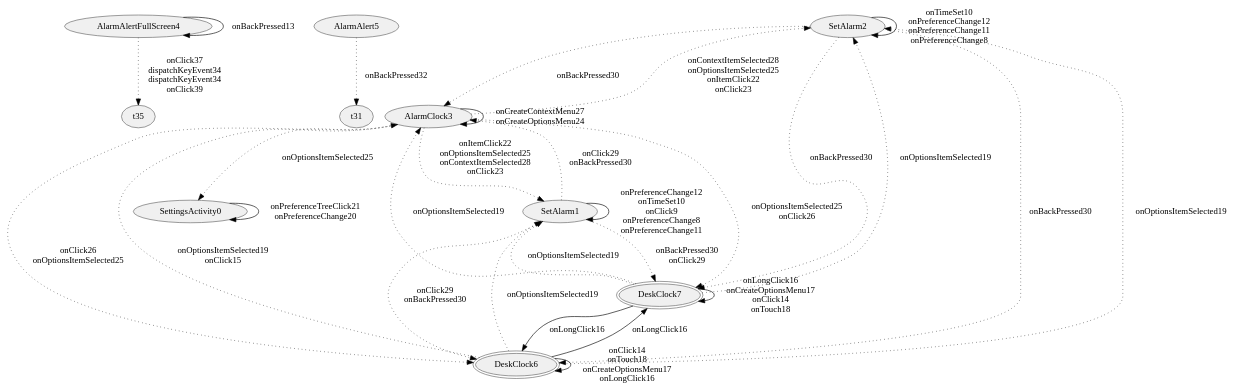
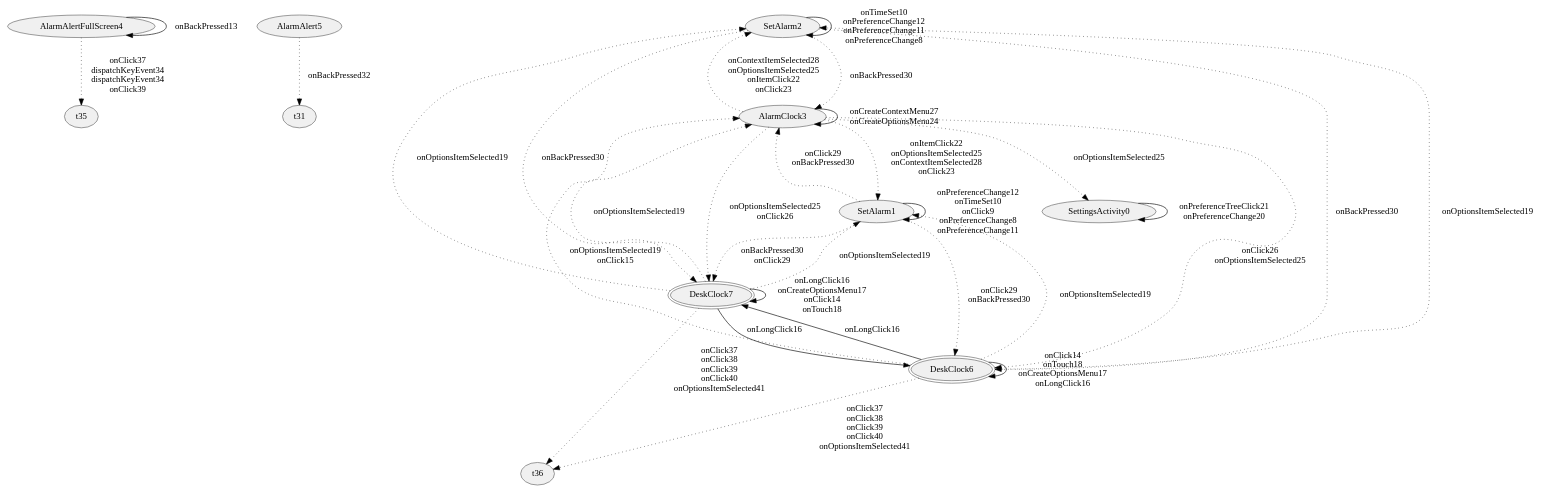
The diagram in graphviz/DeskClock-gen2.2.1.gv (hans89/astparser), drawn with Graphviz before and after one commit. The commit also changed 9 other files, not shown here.

```diff
--- a/graphviz/DeskClock-gen2.2.1.gv
+++ b/graphviz/DeskClock-gen2.2.1.gv
@@ -1,72 +1,83 @@
 digraph {
 fontname="Helvetica";
 node[style="filled,solid", colorscheme=greys3, fillcolor=1, color=3];
 AlarmAlertFullScreen4;
 AlarmAlert5;
 t31;
 SetAlarm2;
 t35;
 AlarmClock3;
 SetAlarm1;
 DeskClock6[peripheries=2];
 DeskClock7[peripheries=2];
 SettingsActivity0;
 SetAlarm1 -> SetAlarm1[label="onPreferenceChange12
 onTimeSet10
 onClick9
 onPreferenceChange8
 onPreferenceChange11"];
 SetAlarm1 -> DeskClock6[label="onClick29
 onBackPressed30",style=dotted];
 SetAlarm1 -> DeskClock7[label="onBackPressed30
 onClick29",style=dotted];
 SetAlarm1 -> AlarmClock3[label="onClick29
 onBackPressed30",style=dotted];
 AlarmAlertFullScreen4 -> AlarmAlertFullScreen4[label="onBackPressed13"];
 AlarmAlertFullScreen4 -> t35[label="onClick37
 dispatchKeyEvent34
 dispatchKeyEvent34
 onClick39",style=dotted];
 AlarmAlert5 -> t31[label="onBackPressed32",style=dotted];
 DeskClock6 -> SetAlarm1[label="onOptionsItemSelected19",style=dotted];
 DeskClock6 -> DeskClock6[label="onClick14
 onTouch18
 onCreateOptionsMenu17
 onLongClick16"];
 DeskClock6 -> SetAlarm2[label="onOptionsItemSelected19",style=dotted];
 DeskClock6 -> DeskClock7[label="onLongClick16"];
 DeskClock6 -> AlarmClock3[label="onOptionsItemSelected19
 onClick15",style=dotted];
 SetAlarm2 -> DeskClock6[label="onBackPressed30",style=dotted];
 SetAlarm2 -> SetAlarm2[label="onTimeSet10
 onPreferenceChange12
 onPreferenceChange11
 onPreferenceChange8"];
 SetAlarm2 -> DeskClock7[label="onBackPressed30",style=dotted];
 SetAlarm2 -> AlarmClock3[label="onBackPressed30",style=dotted];
 DeskClock7 -> SetAlarm1[label="onOptionsItemSelected19",style=dotted];
 DeskClock7 -> DeskClock6[label="onLongClick16"];
 DeskClock7 -> SetAlarm2[label="onOptionsItemSelected19",style=dotted];
 DeskClock7 -> DeskClock7[label="onLongClick16
 onCreateOptionsMenu17
 onClick14
 onTouch18"];
 DeskClock7 -> AlarmClock3[label="onOptionsItemSelected19",style=dotted];
 SettingsActivity0 -> SettingsActivity0[label="onPreferenceTreeClick21
 onPreferenceChange20"];
 AlarmClock3 -> SetAlarm1[label="onItemClick22
 onOptionsItemSelected25
 onContextItemSelected28
 onClick23",style=dotted];
 AlarmClock3 -> DeskClock6[label="onClick26
 onOptionsItemSelected25",style=dotted];
 AlarmClock3 -> SetAlarm2[label="onContextItemSelected28
 onOptionsItemSelected25
 onItemClick22
 onClick23",style=dotted];
 AlarmClock3 -> DeskClock7[label="onOptionsItemSelected25
 onClick26",style=dotted];
 AlarmClock3 -> SettingsActivity0[label="onOptionsItemSelected25",style=dotted];
 AlarmClock3 -> AlarmClock3[label="onCreateContextMenu27
 onCreateOptionsMenu24"];
+
+t36;
+DeskClock6, DeskClock7 -> t36[label="onClick37
+onClick38
+onClick39
+onClick40
+onOptionsItemSelected41",style=dotted];
+
+
+{rank=min; AlarmAlert5}
+
 }
```
